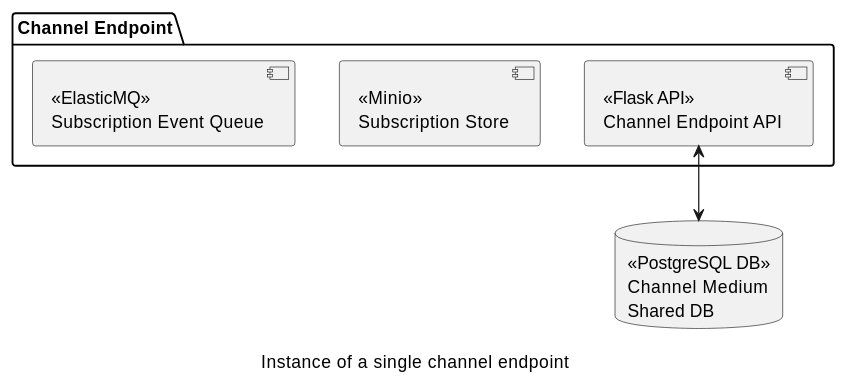
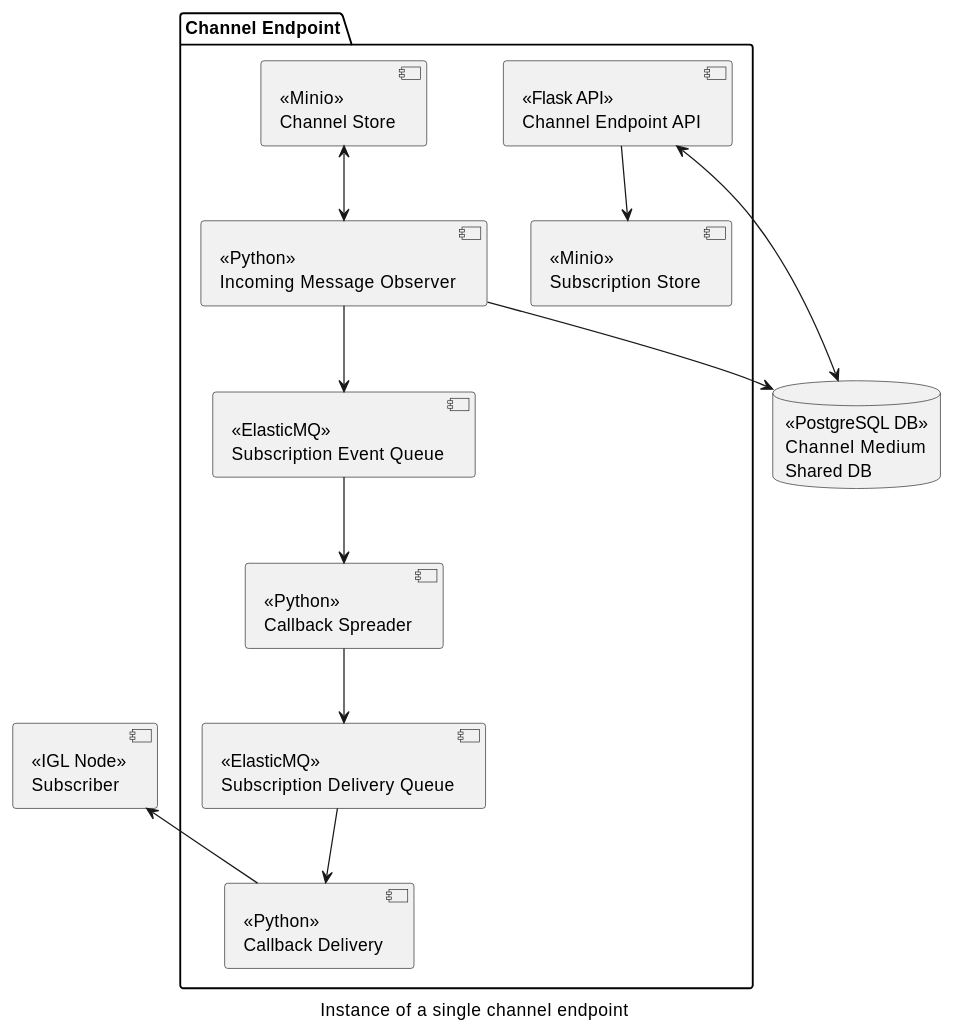
Before and after one commit to trustbridge/shared-db-channel: the second of 2 diagrams in docs/usage.rst, drawn with PlantUML. The commit also changed 2 other files, not shown here.

Commit message:
Updating docs and minor tidy up of docker compose (#38)

```diff
--- a/docs/usage.rst
+++ b/docs/usage.rst
@@ -41,14 +41,28 @@
 .. uml::
 
    @startuml
    caption Instance of a single channel endpoint
 
+   [<<IGL Node>>\nSubscriber] as subscriber
    package "Channel Endpoint" {
       [<<Flask API>>\nChannel Endpoint API] as api
+      [<<Python>>\nIncoming Message Observer] as message_observer
+      [<<Python>>\nCallback Spreader] as callback_spreader
+      [<<Python>>\nCallback Delivery] as callback_delivery
+      [<<Minio>>\nChannel Store] as channel_store
       [<<Minio>>\nSubscription Store] as subscription_store
       [<<ElasticMQ>>\nSubscription Event Queue] as subscription_event_queue
+      [<<ElasticMQ>>\nSubscription Delivery Queue] as subscription_delivery_queue
    }
    Database "<<PostgreSQL DB>>\nChannel Medium\nShared DB" as channel_medium
 
    api <--> channel_medium
+   api -down-> subscription_store
+   message_observer <-up-> channel_store
+   message_observer -down-> channel_medium
+   message_observer -down-> subscription_event_queue
+   callback_spreader <-up- subscription_event_queue
+   callback_spreader -down-> subscription_delivery_queue
+   callback_delivery <-up- subscription_delivery_queue
+   callback_delivery -up-> subscriber
    @enduml
```
